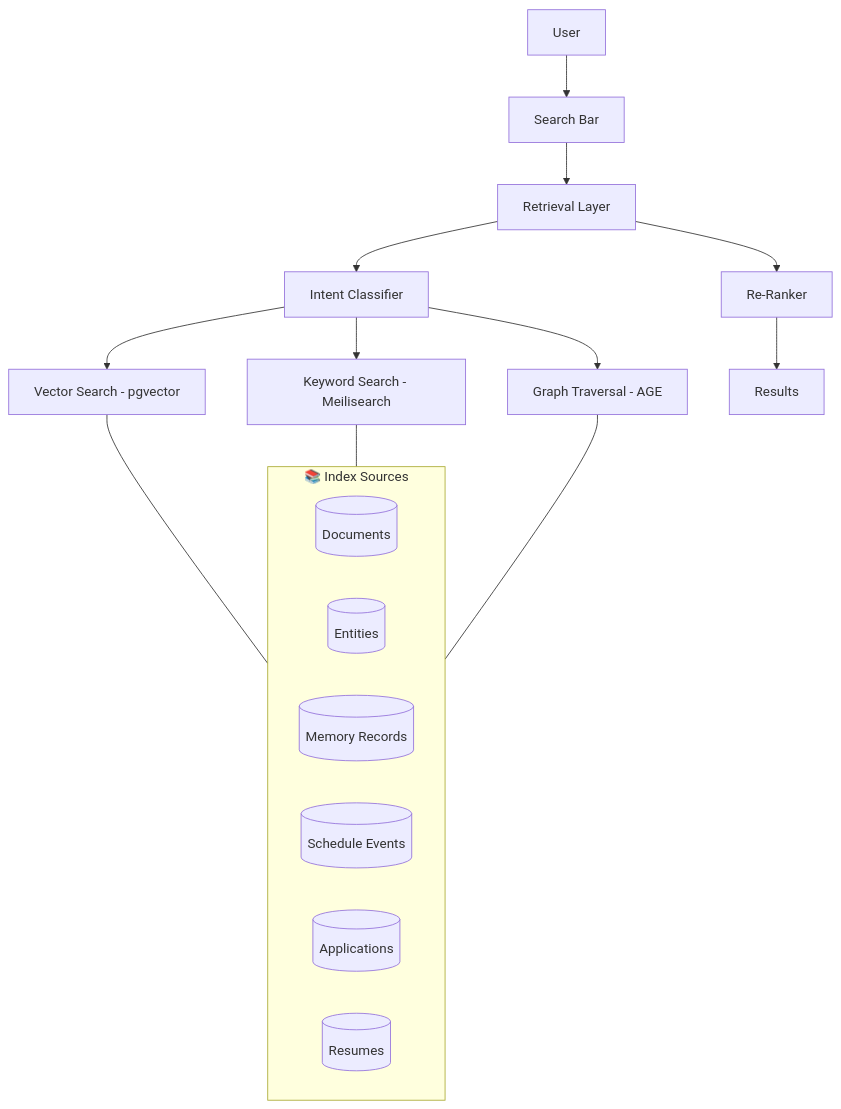
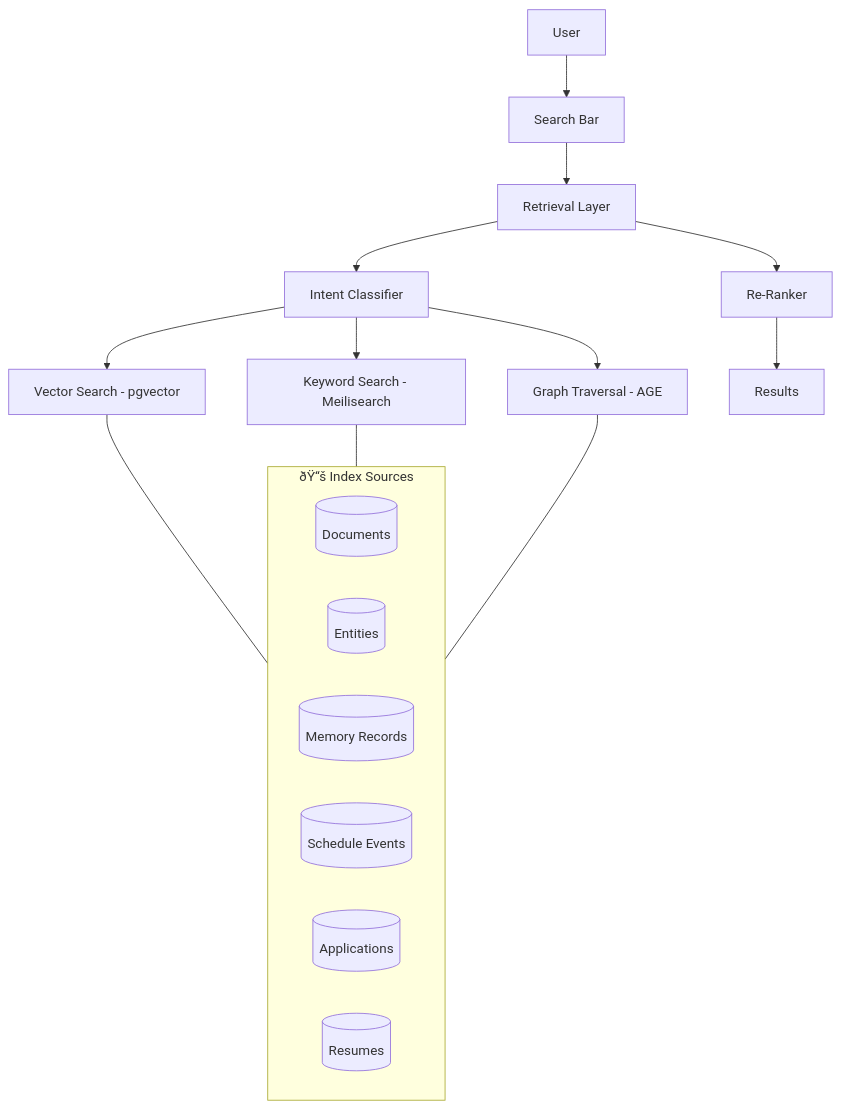
One commit to Driftloom/Vaeloom changed the first of 2 diagrams in Docs/Product/Feature-Specs/Global-Search.md. Above: the diagram before and after it, drawn with Mermaid. The commit also changed other lines of this file and 249 other files, not shown here.

````diff
--- a/Docs/Product/Feature-Specs/Global-Search.md
+++ b/Docs/Product/Feature-Specs/Global-Search.md
@@ -155,26 +155,26 @@
 ```mermaid
 graph TD
     classDef input fill:#e3f2fd,stroke:#1565c0,color:#000,stroke-width:2px
     classDef retrieve fill:#e8f5e9,stroke:#2e7d32,color:#000,stroke-width:1.5px
     classDef index fill:#fff3e0,stroke:#e65100,color:#000,stroke-width:1.5px
 
     U[User] --> SB[Search Bar]
     SB --> RL[Retrieval Layer]
     RL --> IC[Intent Classifier]
     IC --> VS[Vector Search - pgvector]
     IC --> KW[Keyword Search - Meilisearch]
     IC --> GR[Graph Traversal - AGE]
     RL --> RR[Re-Ranker]
     RR --> RE[Results]
     
-    subgraph Index["📚 Index Sources"]
+    subgraph Index["ðŸ“š Index Sources"]
         DOC[(Documents)]
         ENT[(Entities)]
         MEM[(Memory Records)]
         SCH[(Schedule Events)]
         APP[(Applications)]
         RES[(Resumes)]
     end
     
     VS & KW & GR --- Index
 ```
````
